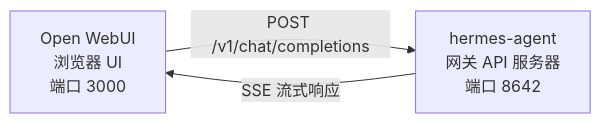
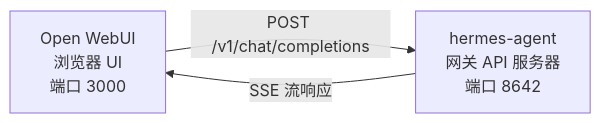
One commit to dracohu2025-cloud/hermes-agent changed the diagram in site/docs/user-guide/messaging/open-webui.md. Above: the diagram before and after it, drawn with Mermaid. The commit also changed other lines of this file and 50 other files, not shown here.

````diff
--- a/site/docs/user-guide/messaging/open-webui.md
+++ b/site/docs/user-guide/messaging/open-webui.md
@@ -13,7 +13,7 @@
 ```mermaid
 flowchart LR
     A["Open WebUI<br/>浏览器 UI<br/>端口 3000"]
     B["hermes-agent<br/>网关 API 服务器<br/>端口 8642"]
     A -->|POST /v1/chat/completions| B
-    B -->|SSE 流式响应| A
+    B -->|SSE 流响应| A
 ```
````
